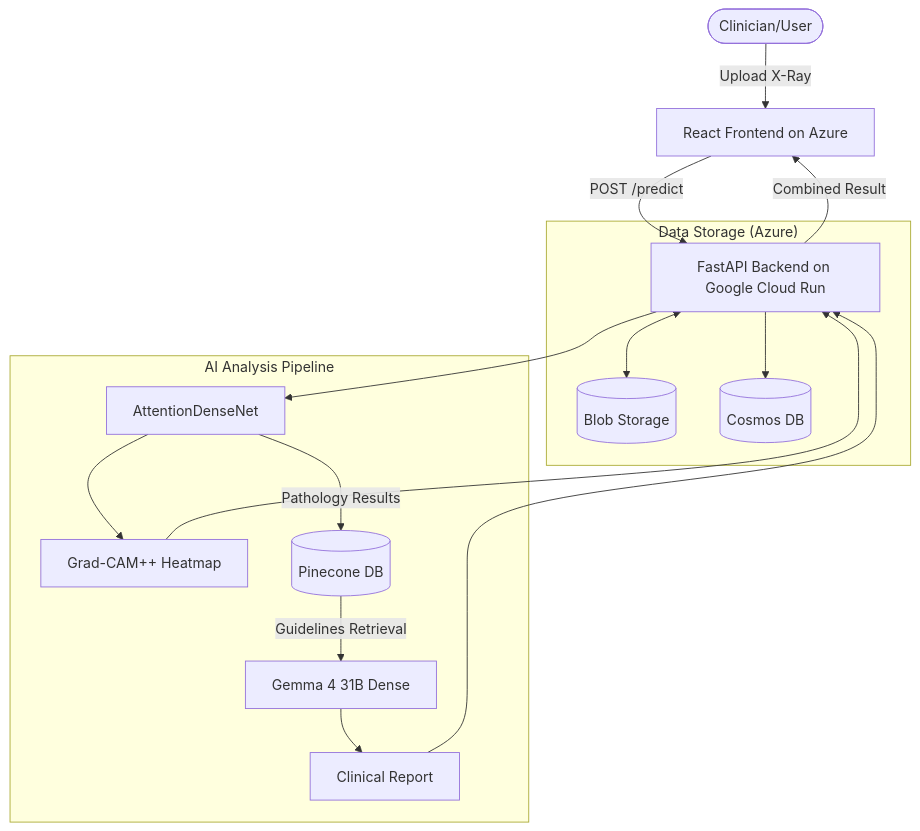
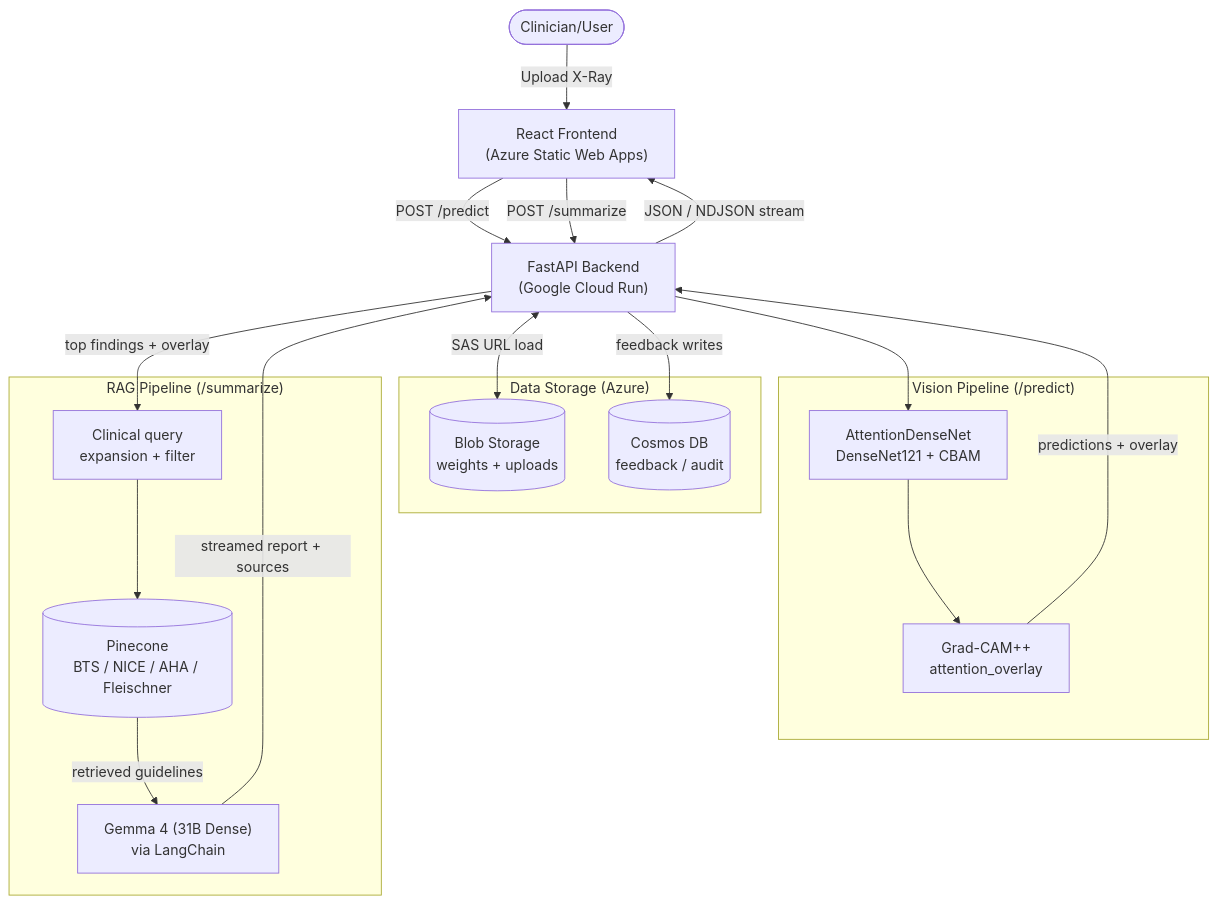
Before and after one commit to anaCS-26/Pulmolens-model: the diagram in README.md, drawn with Mermaid. The commit also changed other lines of this file and 1 other file, not shown here.

Commit message:
docs(readme): fix architecture diagram overflow and accuracy; clarify AI loader
- Wrap long Mermaid node labels, split /predict and /summarize flows,
  drop legacy "heatmap" naming in favor of attention_overlay, and route
  Pinecone retrieval through the backend rather than the model.
- Replace screenshot placeholder with the live demo link.
- ThinkingLoader: lead with "AI · Generating analysis" so users know an
  AI is running; demote rotating medical verbs to a secondary line.

````diff
--- a/README.md
+++ b/README.md
@@ -88,23 +89,34 @@
 ```mermaid
 graph TD
-    User([Clinician/User]) -->|Upload X-Ray| FE[React Frontend on Azure]
-    FE -->|POST /predict| BE[FastAPI Backend on Google Cloud Run]
-    
-    subgraph "Data Storage (Azure)"
-        BE <--> BLOB[(Blob Storage)]
-        BE --> COSMOS[(Cosmos DB)]
+    User([Clinician/User]) -->|Upload X-Ray| FE["React Frontend<br/>(Azure Static Web Apps)"]
+    FE -->|"POST /predict"| BE["FastAPI Backend<br/>(Google Cloud Run)"]
+    FE -->|"POST /summarize"| BE
+
+    subgraph AZURE ["Data Storage (Azure)"]
+        BLOB[("Blob Storage<br/>weights + uploads")]
+        COSMOS[("Cosmos DB<br/>feedback / audit")]
     end
-    
-    subgraph "AI Analysis Pipeline"
-        BE --> MODEL[AttentionDenseNet]
-        MODEL --> HEATMAP[Grad-CAM++ Heatmap]
-        
-        MODEL -->|"Pathology Results"| PINDEX[(Pinecone DB)]
-        PINDEX -->|"Guidelines Retrieval"| LLM[Gemma 4 31B Dense]
-        LLM --> REPORT[Clinical Report]
+
+    BE <-->|"SAS URL load"| BLOB
+    BE -->|"feedback writes"| COSMOS
+
+    subgraph VISION ["Vision Pipeline (/predict)"]
+        MODEL["AttentionDenseNet<br/>DenseNet121 + CBAM"]
+        OVERLAY["Grad-CAM++<br/>attention_overlay"]
+        MODEL --> OVERLAY
     end
-    
-    REPORT --> BE
-    HEATMAP --> BE
-    BE -->|Combined Result| FE
+
+    subgraph RAG ["RAG Pipeline (/summarize)"]
+        QEXPAND["Clinical query<br/>expansion + filter"]
+        PINDEX[("Pinecone<br/>BTS / NICE / AHA / Fleischner")]
+        LLM["Gemma 4 (31B Dense)<br/>via LangChain"]
+        QEXPAND --> PINDEX
+        PINDEX -->|"retrieved guidelines"| LLM
+    end
+
+    BE --> MODEL
+    OVERLAY -->|"predictions + overlay"| BE
+    BE -->|"top findings + overlay"| QEXPAND
+    LLM -->|"streamed report + sources"| BE
+    BE -->|"JSON / NDJSON stream"| FE
 ```
````
